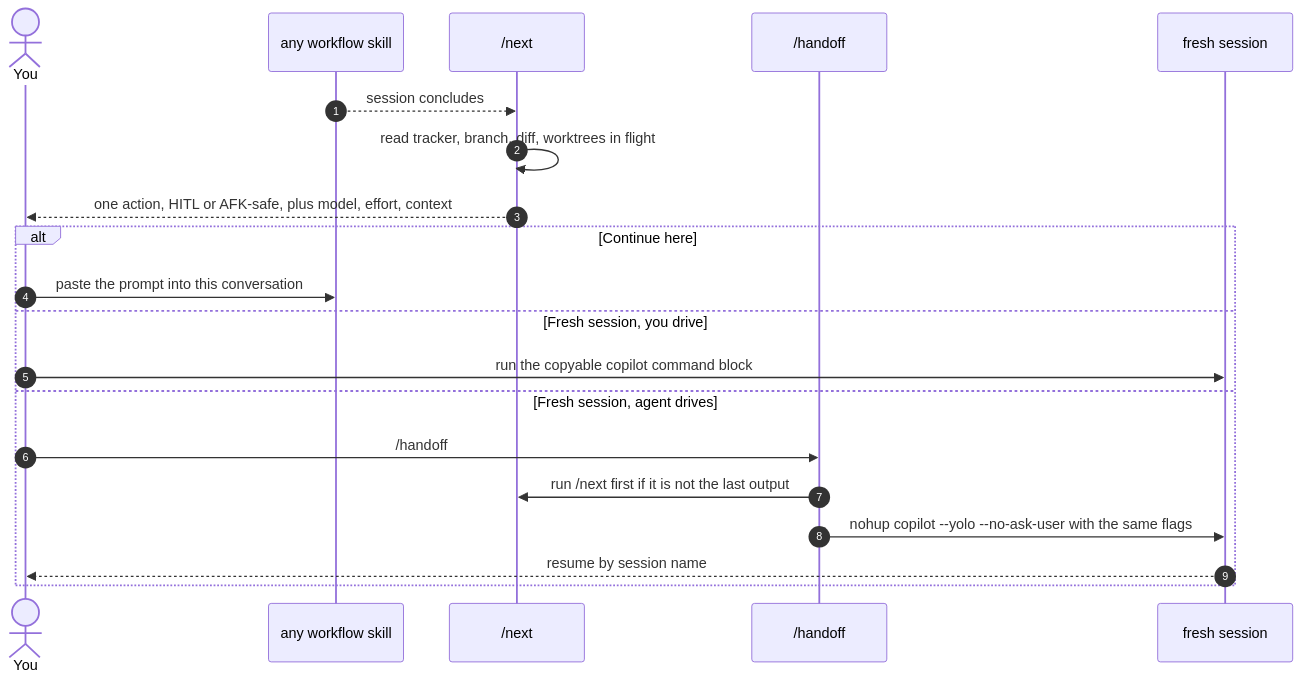
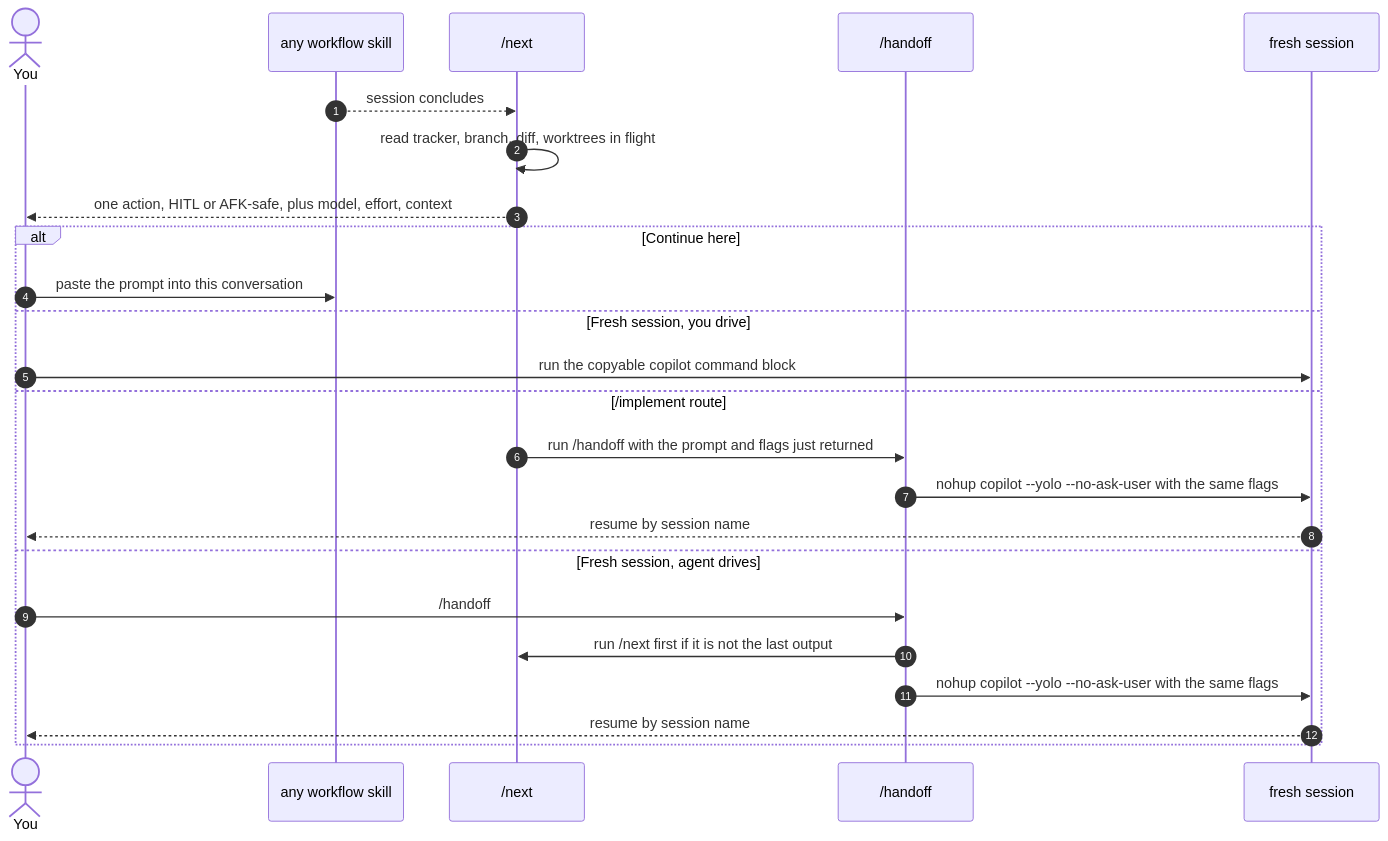
One commit to bradcstevens/git-loopy-skills changed the third of 12 diagrams in docs/skill-connections.md. Above: the diagram before and after it, drawn with Mermaid. The commit also changed other lines of this file and 7 other files, not shown here.

````diff
--- a/docs/skill-connections.md
+++ b/docs/skill-connections.md
@@ -157,24 +157,28 @@
 ```mermaid
 sequenceDiagram
     autonumber
     actor U as You
     participant SK as any workflow skill
     participant NX as /next
     participant HO as /handoff
     participant BG as fresh session
 
     SK-->>NX: session concludes
     NX->>NX: read tracker, branch, diff, worktrees in flight
     NX-->>U: one action, HITL or AFK-safe, plus model, effort, context
 
     alt Continue here
         U->>SK: paste the prompt into this conversation
     else Fresh session, you drive
         U->>BG: run the copyable copilot command block
+    else /implement route
+        NX->>HO: run /handoff with the prompt and flags just returned
+        HO->>BG: nohup copilot --yolo --no-ask-user with the same flags
+        BG-->>U: resume by session name
     else Fresh session, agent drives
         U->>HO: /handoff
         HO->>NX: run /next first if it is not the last output
         HO->>BG: nohup copilot --yolo --no-ask-user with the same flags
         BG-->>U: resume by session name
     end
 ```
````
